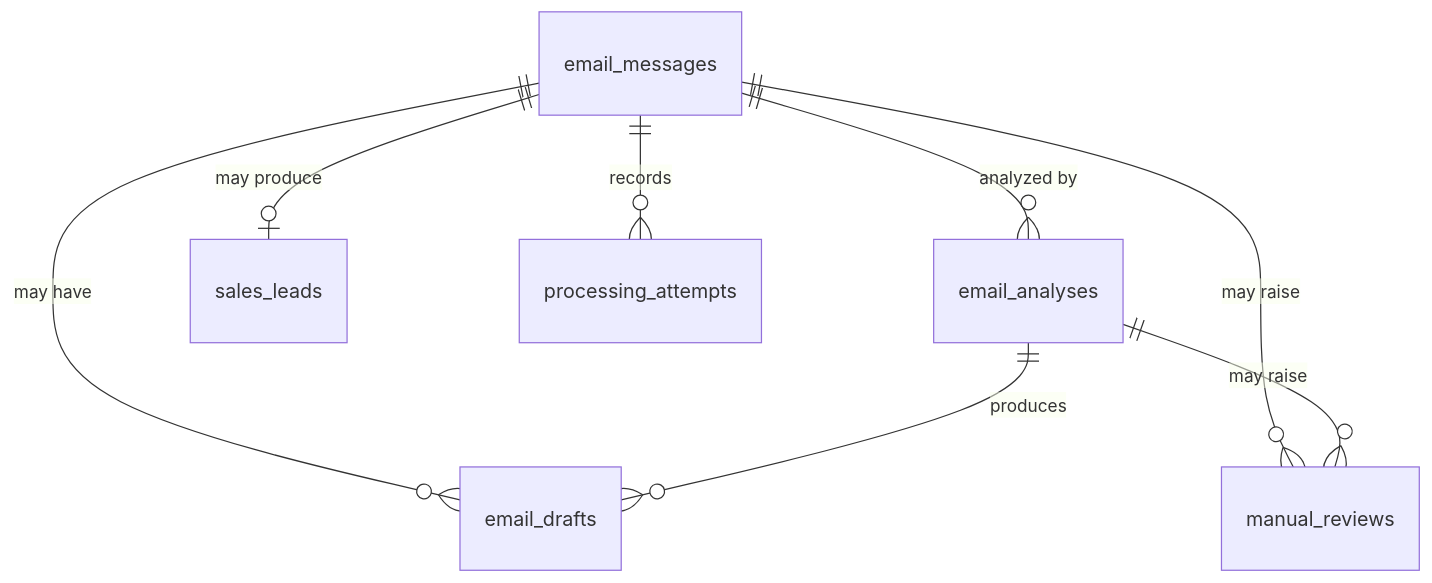
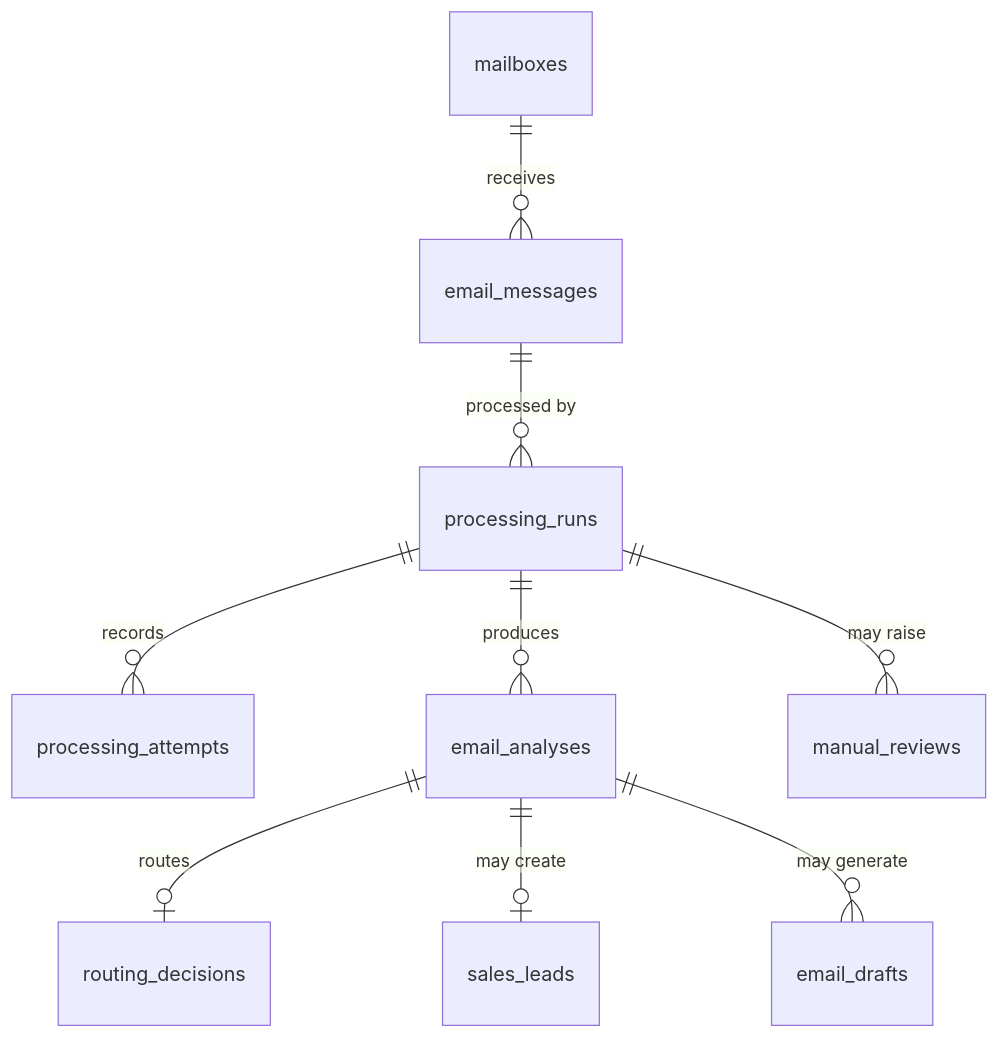
The diagram in docs/data-model.md (madhusoodhananer/ai-email-operations-assistant), drawn with Mermaid before and after one commit. The commit also changed other lines of this file and 3 other files, not shown here.

````diff
--- a/docs/data-model.md
+++ b/docs/data-model.md
@@ -29,10 +53,11 @@
 ```mermaid
 erDiagram
-    email_messages ||--o{ email_analyses : "analyzed by"
-    email_messages ||--o| sales_leads : "may produce"
-    email_messages ||--o{ email_drafts : "may have"
-    email_messages ||--o{ processing_attempts : "records"
-    email_messages ||--o{ manual_reviews : "may raise"
-    email_analyses ||--o{ email_drafts : "produces"
-    email_analyses ||--o{ manual_reviews : "may raise"
+    mailboxes ||--o{ email_messages : "receives"
+    email_messages ||--o{ processing_runs : "processed by"
+    processing_runs ||--o{ processing_attempts : "records"
+    processing_runs ||--o{ email_analyses : "produces"
+    email_analyses ||--o| routing_decisions : "routes"
+    email_analyses ||--o| sales_leads : "may create"
+    email_analyses ||--o{ email_drafts : "may generate"
+    processing_runs ||--o{ manual_reviews : "may raise"
 ```
````
